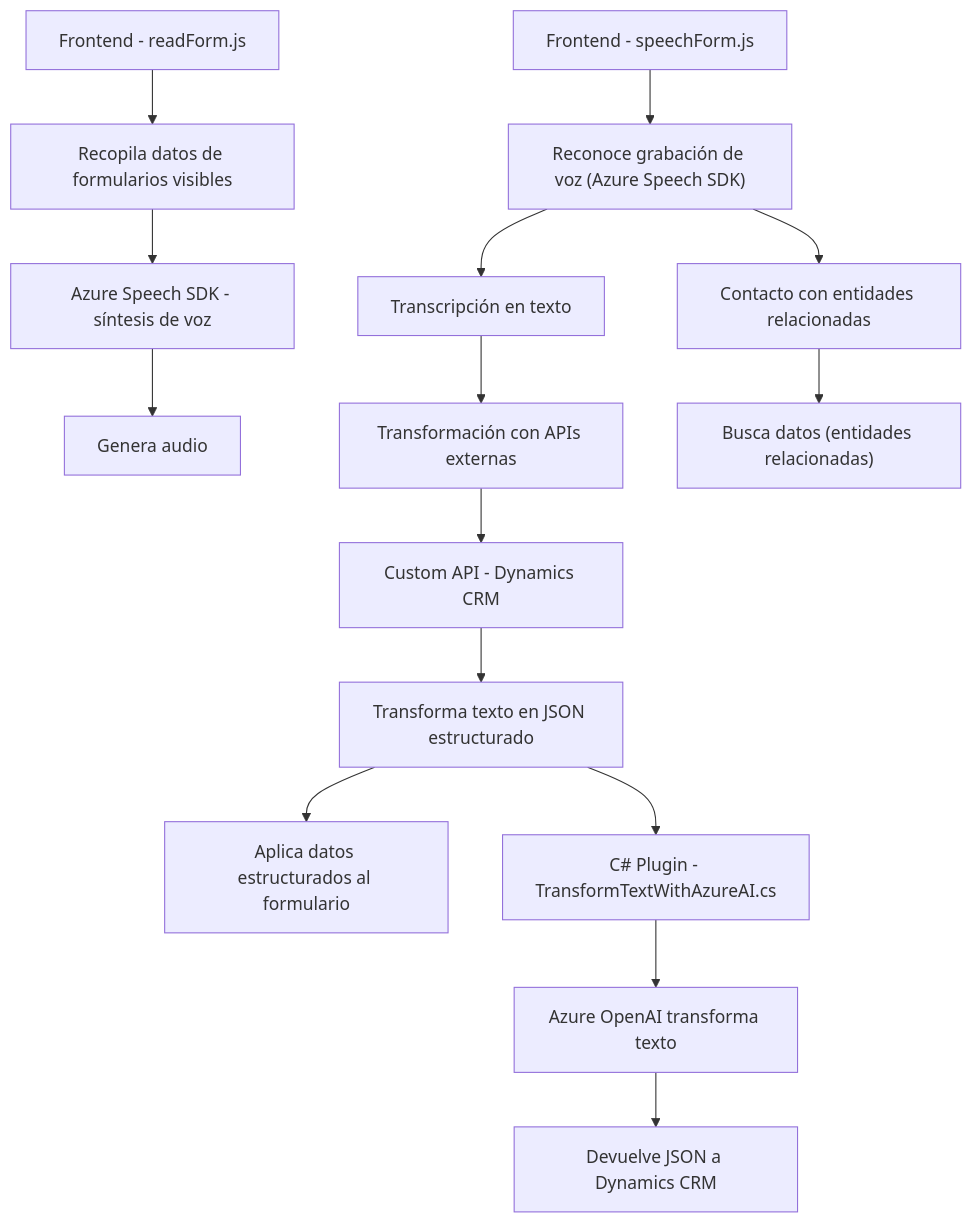
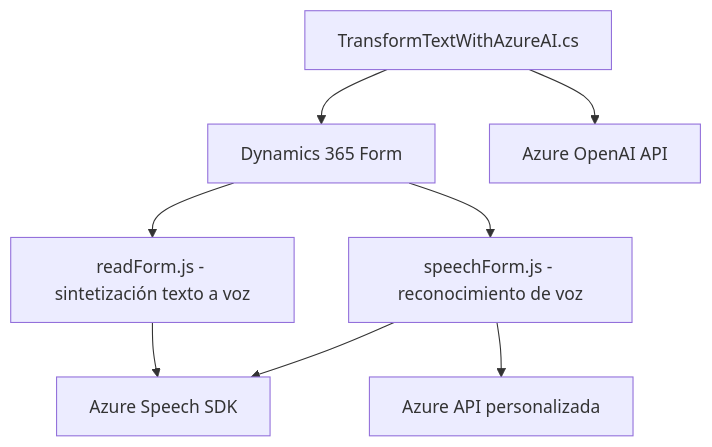
Before and after one commit to blopezdm/NETCORE_BILBAO2025: the diagram in README.md, drawn with Mermaid. The commit also changed other lines of this file, not shown here.

Commit message:
Actualizar análisis global de la solución con IA

````diff
--- a/README.md
+++ b/README.md
@@ -41,17 +28,18 @@
 ```mermaid
 graph TD
-    A["Frontend - readForm.js"] --> B["Recopila datos de formularios visibles"]
-    B --> C["Azure Speech SDK - síntesis de voz"]
-    C --> D["Genera audio"]
-    E["Frontend - speechForm.js"] --> F["Reconoce grabación de voz (Azure Speech SDK)"]
-    F --> G["Transcripción en texto"]
-    G --> H["Transformación con APIs externas"]
-    H --> I["Custom API - Dynamics CRM"]
-    I --> J["Transforma texto en JSON estructurado"]
-    J --> K["Aplica datos estructurados al formulario"]
-    F --> L["Contacto con entidades relacionadas"]
-    L --> M["Busca datos (entidades relacionadas)"]
-    J --> N["C# Plugin - TransformTextWithAzureAI.cs"]
-    N --> O["Azure OpenAI transforma texto"]
-    O --> P["Devuelve JSON a Dynamics CRM"]
+  A["Dynamics 365 Form"]
+  B["readForm.js - sintetización texto a voz"]
+  C["speechForm.js - reconocimiento de voz"]
+  D["Azure Speech SDK"]
+  E["Azure API personalizada"]
+  F["TransformTextWithAzureAI.cs"]
+  G["Azure OpenAI API"]
+  
+  A --> B
+  A --> C
+  B --> D
+  C --> D
+  C --> E
+  F --> A
+  F --> G
 ```
````
